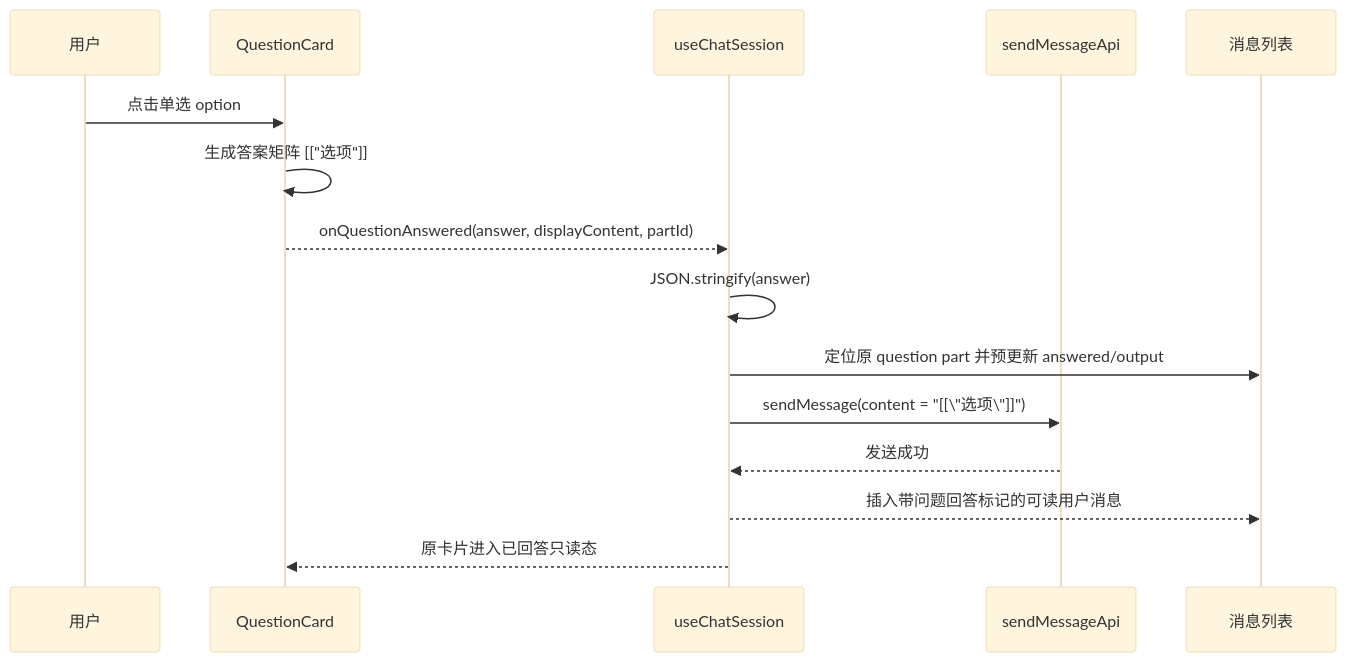
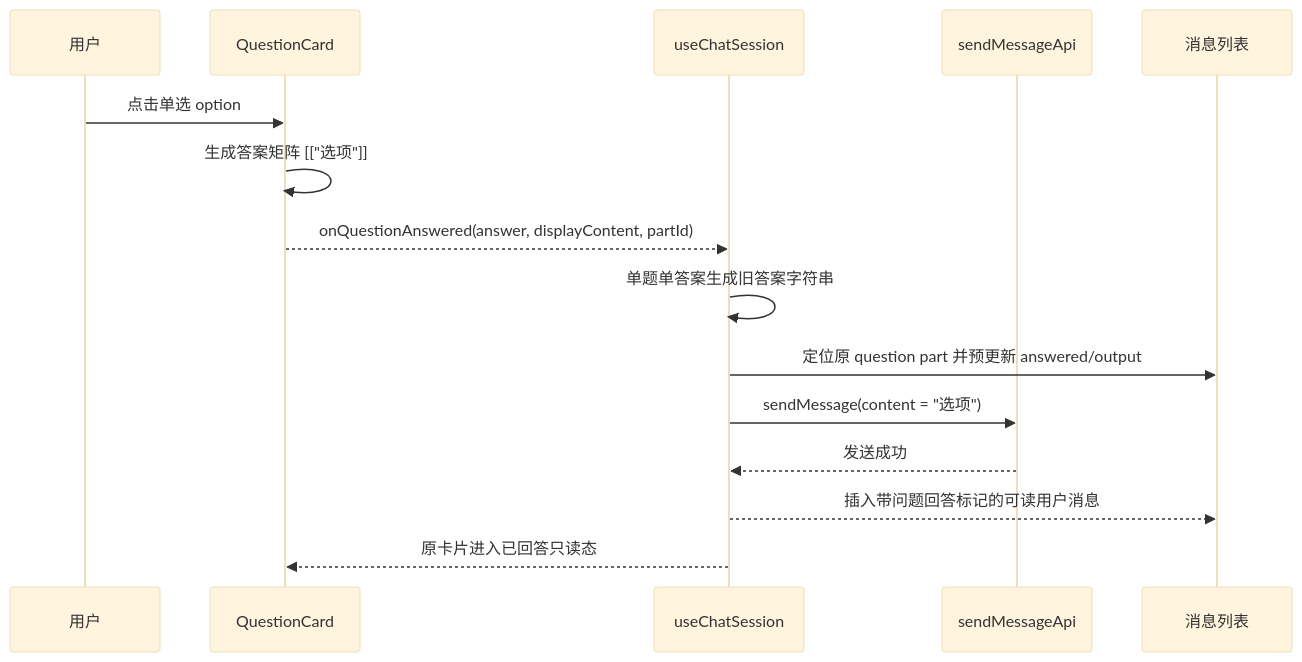
Before and after one commit to Abelsjcheng/skillSDK: the third of 4 diagrams in ai-chat-viewer/docs/2026-06-12-question-card-multi-question-answer-design.md, drawn with Mermaid (base theme). The commit also changed other lines of this file and 10 other files, not shown here.

````diff
--- a/ai-chat-viewer/docs/2026-06-12-question-card-multi-question-answer-design.md
+++ b/ai-chat-viewer/docs/2026-06-12-question-card-multi-question-answer-design.md
@@ -99,18 +99,18 @@
 ```mermaid
 sequenceDiagram
     participant User as 用户
     participant Card as QuestionCard
     participant Chat as useChatSession
     participant API as sendMessageApi
     participant List as 消息列表
 
     User->>Card: 点击单选 option
     Card->>Card: 生成答案矩阵 [["选项"]]
     Card-->>Chat: onQuestionAnswered(answer, displayContent, partId)
-    Chat->>Chat: JSON.stringify(answer)
+    Chat->>Chat: 单题单答案生成旧答案字符串
     Chat->>List: 定位原 question part 并预更新 answered/output
-    Chat->>API: sendMessage(content = "[[\"选项\"]]")
+    Chat->>API: sendMessage(content = "选项")
     API-->>Chat: 发送成功
     Chat-->>List: 插入带问题回答标记的可读用户消息
     Chat-->>Card: 原卡片进入已回答只读态
 ```
````
